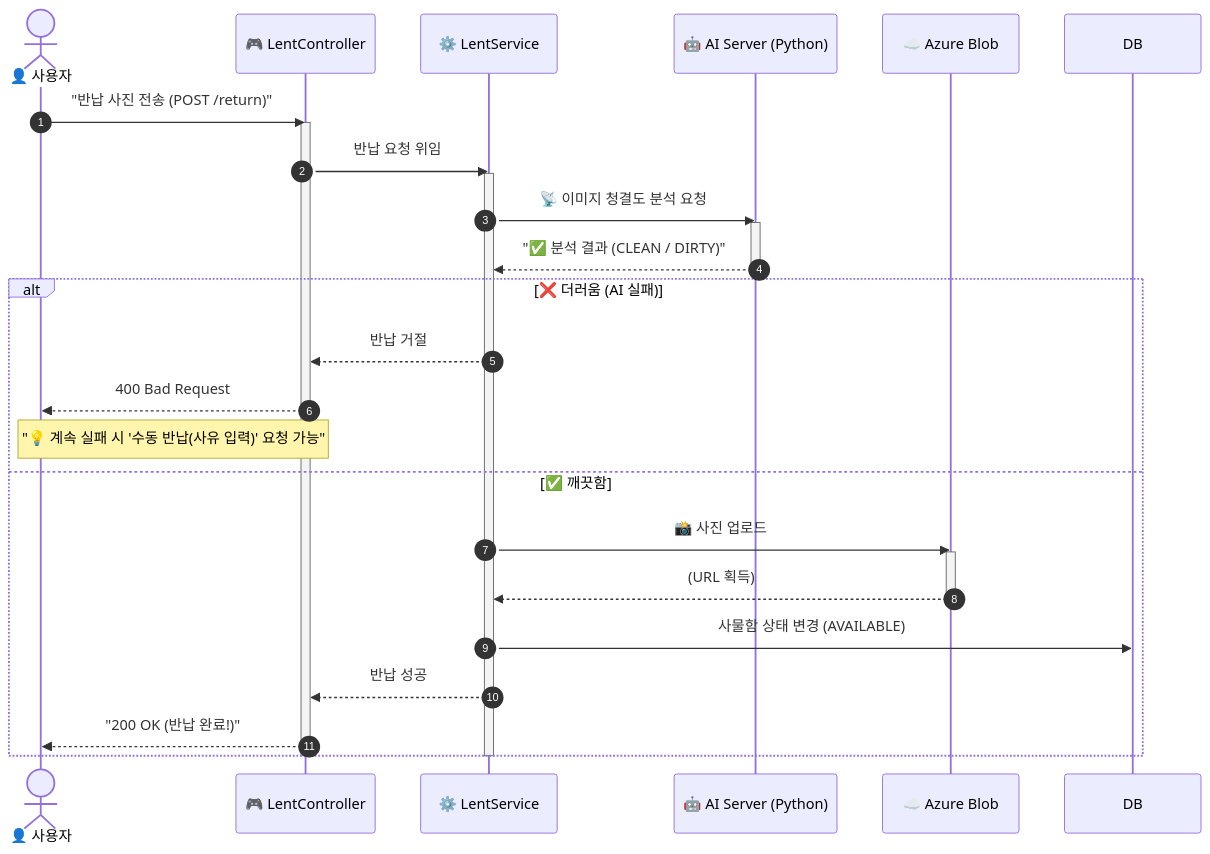
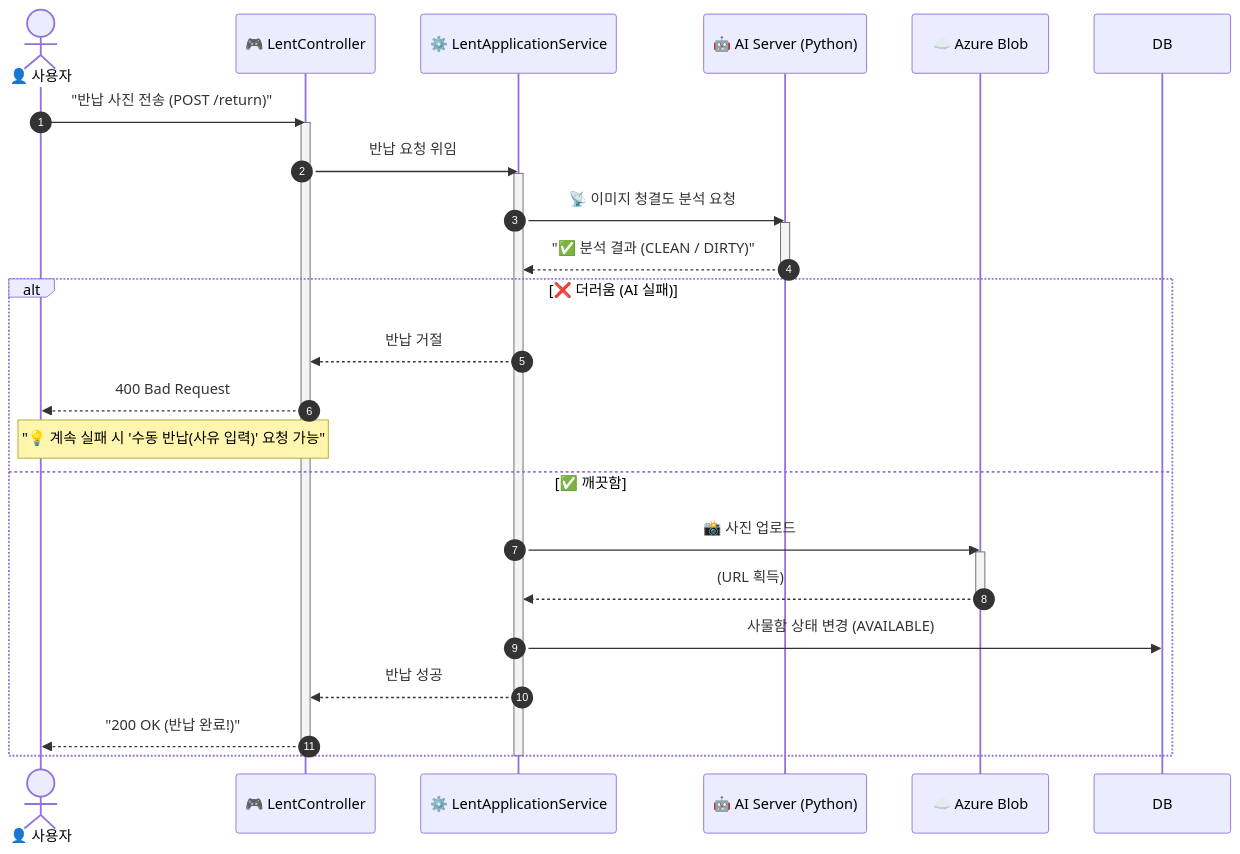
The sixth of 9 diagrams in backend/README.md (farmer0010/ft_transcendence), drawn with Mermaid before and after one commit. The commit also changed other lines of this file and 48 other files, not shown here.

First line of the commit message:
refactor: migrate to Hexagonal Architecture (Ports & Adapters)

````diff
--- a/backend/README.md
+++ b/backend/README.md
@@ -461,36 +510,36 @@
 ```mermaid
 sequenceDiagram
     autonumber
     actor User as 👤 사용자
     participant Controller as 🎮 LentController
-    participant Service as ⚙️ LentService
+    participant Service as ⚙️ LentApplicationService
     participant AI as 🤖 AI Server (Python)
     participant Azure as ☁️ Azure Blob
 
     User->>Controller: "반납 사진 전송 (POST /return)"
     activate Controller
     Controller->>Service: 반납 요청 위임
     activate Service
     
     Service->>AI: 📡 이미지 청결도 분석 요청
     activate AI
     AI-->>Service: "✅ 분석 결과 (CLEAN / DIRTY)"
     deactivate AI
 
     alt ❌ 더러움 (AI 실패)
         Service-->>Controller: 반납 거절
         Controller-->>User: 400 Bad Request
         Note over User, Controller: "💡 계속 실패 시 '수동 반납(사유 입력)' 요청 가능"
     else ✅ 깨끗함
         Service->>Azure: 📸 사진 업로드
         activate Azure
         Azure-->>Service: (URL 획득)
         deactivate Azure
 
         Service->>DB: 사물함 상태 변경 (AVAILABLE)
         Service-->>Controller: 반납 성공
         Controller-->>User: "200 OK (반납 완료!)"
     end
     deactivate Service
     deactivate Controller
 ```
````
